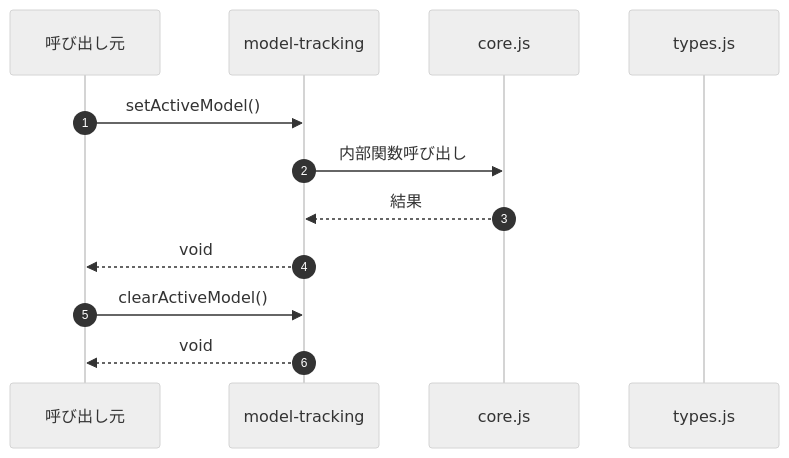
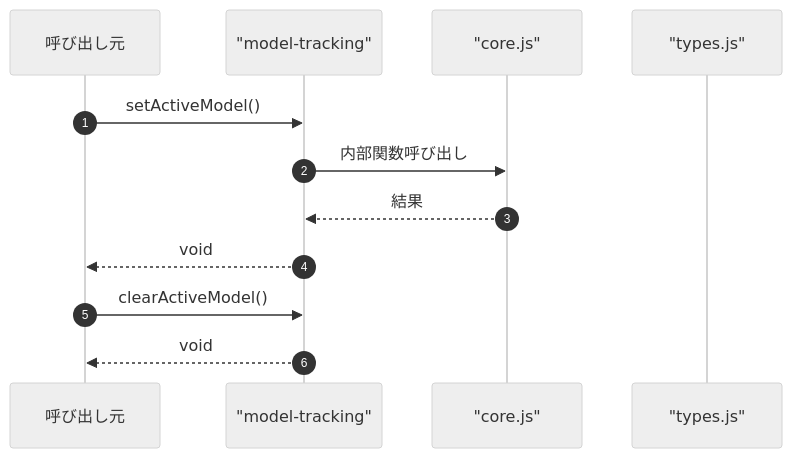
Before and after one commit to Mekann2904/mekann: the third of 3 diagrams in ABDD/.pi/lib/coordinator/model-tracking.md, drawn with Mermaid (neutral theme). The commit also changed other lines of this file and 152 other files, not shown here.

First line of the commit message:
fix: Mermaid図のラベル内の特殊文字をエスケープする

````diff
--- a/ABDD/.pi/lib/coordinator/model-tracking.md
+++ b/ABDD/.pi/lib/coordinator/model-tracking.md
@@ -71,16 +71,16 @@
 ```mermaid
 sequenceDiagram
   autonumber
   participant Caller as 呼び出し元
-  participant model_tracking as model-tracking
-  participant core_js as core.js
-  participant types_js as types.js
+  participant model_tracking as "model-tracking"
+  participant core_js as "core.js"
+  participant types_js as "types.js"
 
   Caller->>model_tracking: setActiveModel()
   model_tracking->>core_js: 内部関数呼び出し
   core_js-->>model_tracking: 結果
   model_tracking-->>Caller: void
 
   Caller->>model_tracking: clearActiveModel()
   model_tracking-->>Caller: void
 ```
````
